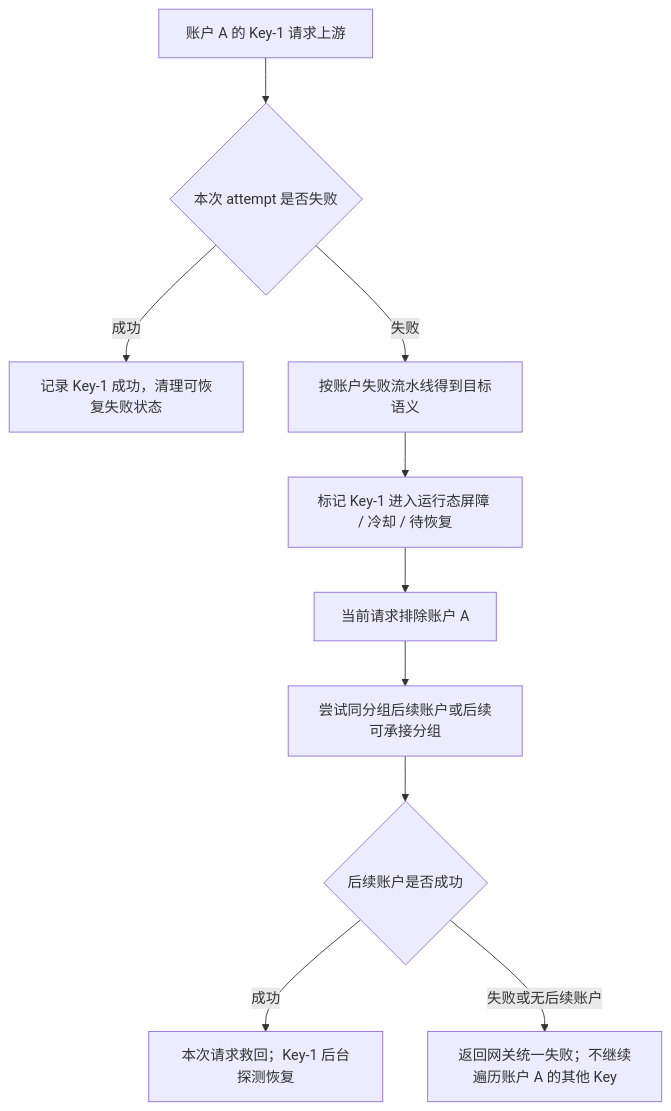
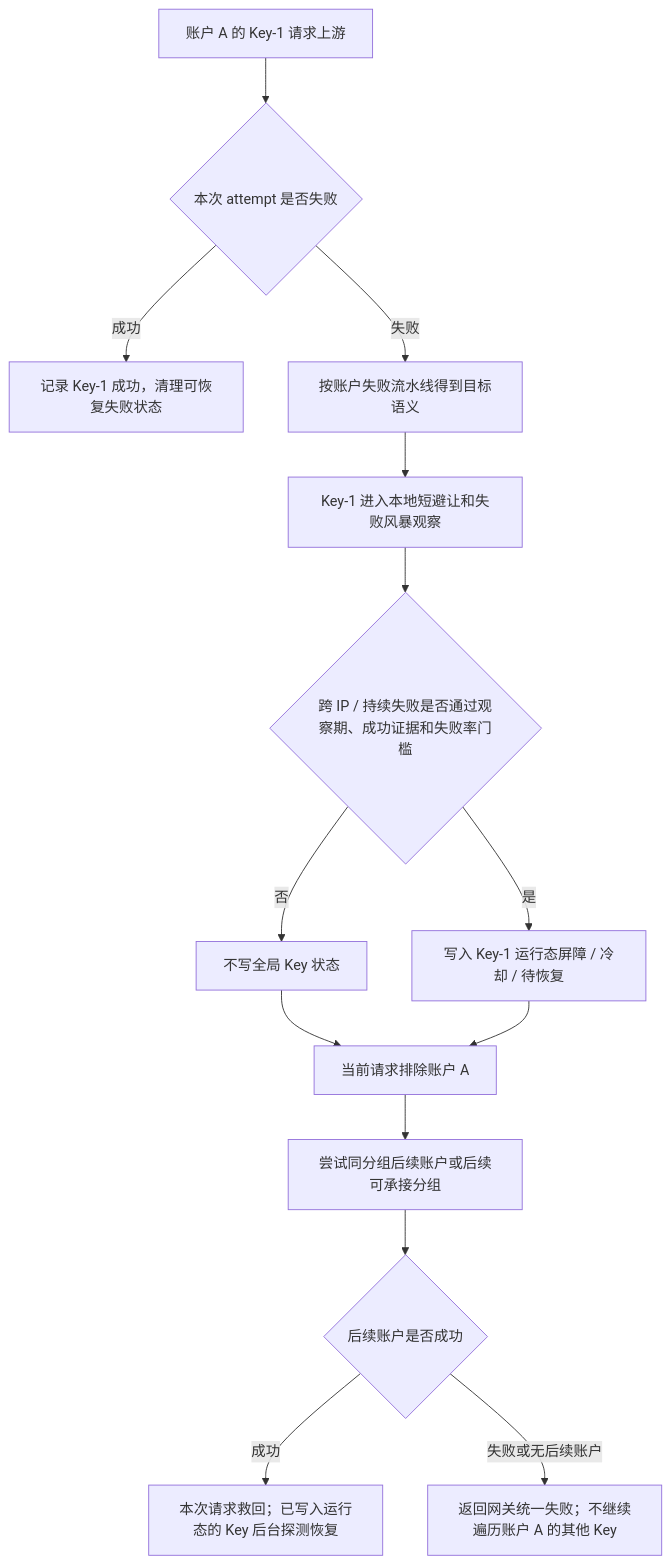
The second of 2 diagrams in docs/functions/账户内APIKey故障隔离设计.md (huanmin123/juhe-ai), drawn with Mermaid before and after one commit. The commit also changed other lines of this file and 138 other files, not shown here.

````diff
--- a/docs/functions/账户内APIKey故障隔离设计.md
+++ b/docs/functions/账户内APIKey故障隔离设计.md
@@ -64,12 +66,16 @@
 ```mermaid
 flowchart TD
   A["账户 A 的 Key-1 请求上游"] --> B{"本次 attempt 是否失败"}
   B -- "成功" --> C["记录 Key-1 成功，清理可恢复失败状态"]
   B -- "失败" --> D["按账户失败流水线得到目标语义"]
-  D --> E["标记 Key-1 进入运行态屏障 / 冷却 / 待恢复"]
-  E --> F["当前请求排除账户 A"]
-  F --> G["尝试同分组后续账户或后续可承接分组"]
-  G --> H{"后续账户是否成功"}
-  H -- "成功" --> I["本次请求救回；Key-1 后台探测恢复"]
-  H -- "失败或无后续账户" --> J["返回网关统一失败；不继续遍历账户 A 的其他 Key"]
+  D --> E["Key-1 进入本地短避让和失败风暴观察"]
+  E --> F{"跨 IP / 持续失败是否通过观察期、成功证据和失败率门槛"}
+  F -- "否" --> G["不写全局 Key 状态"]
+  F -- "是" --> H["写入 Key-1 运行态屏障 / 冷却 / 待恢复"]
+  G --> I["当前请求排除账户 A"]
+  H --> I
+  I --> J["尝试同分组后续账户或后续可承接分组"]
+  J --> K{"后续账户是否成功"}
+  K -- "成功" --> L["本次请求救回；已写入运行态的 Key 后台探测恢复"]
+  K -- "失败或无后续账户" --> M["返回网关统一失败；不继续遍历账户 A 的其他 Key"]
 ```
````
